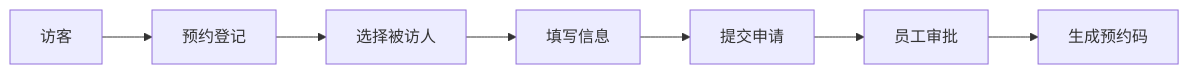
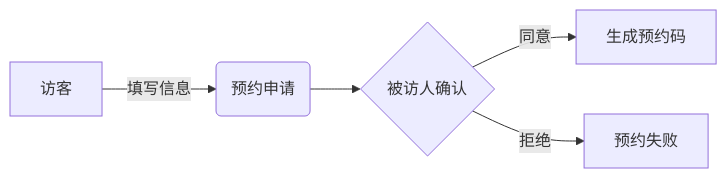
The diagram in doc/requirement1.md (zhishi324/n8ndeploy), drawn with Mermaid before and after one commit. The commit also changed other lines of this file, not shown here.

````diff
--- a/doc/requirement1.md
+++ b/doc/requirement1.md
@@ -67,9 +53,7 @@
 ```mermaid
 graph LR
-    A[访客] --> B[预约登记]
-    B --> C[选择被访人]
-    C --> D[填写信息]
-    D --> E[提交申请]
-    E --> F[员工审批]
-    F --> G[生成预约码]
+    A[访客] -->|填写信息| B(预约申请)
+    B --> C{被访人确认}
+    C -->|同意| D[生成预约码]
+    C -->|拒绝| E[预约失败]
 ```
````
